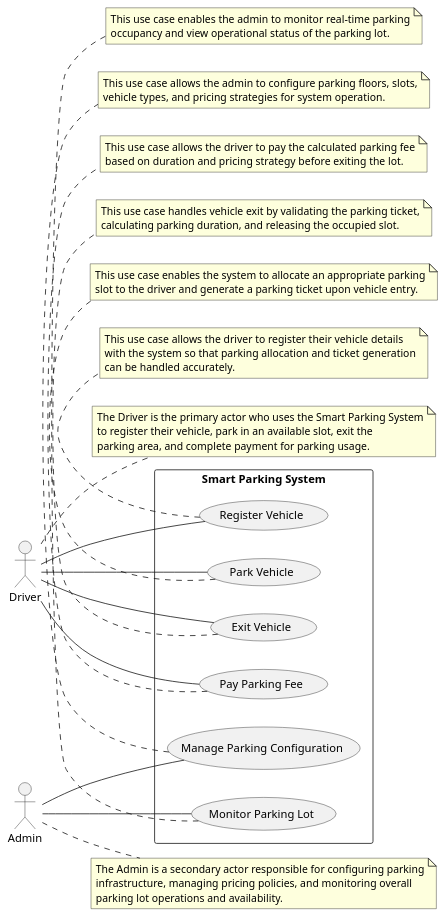
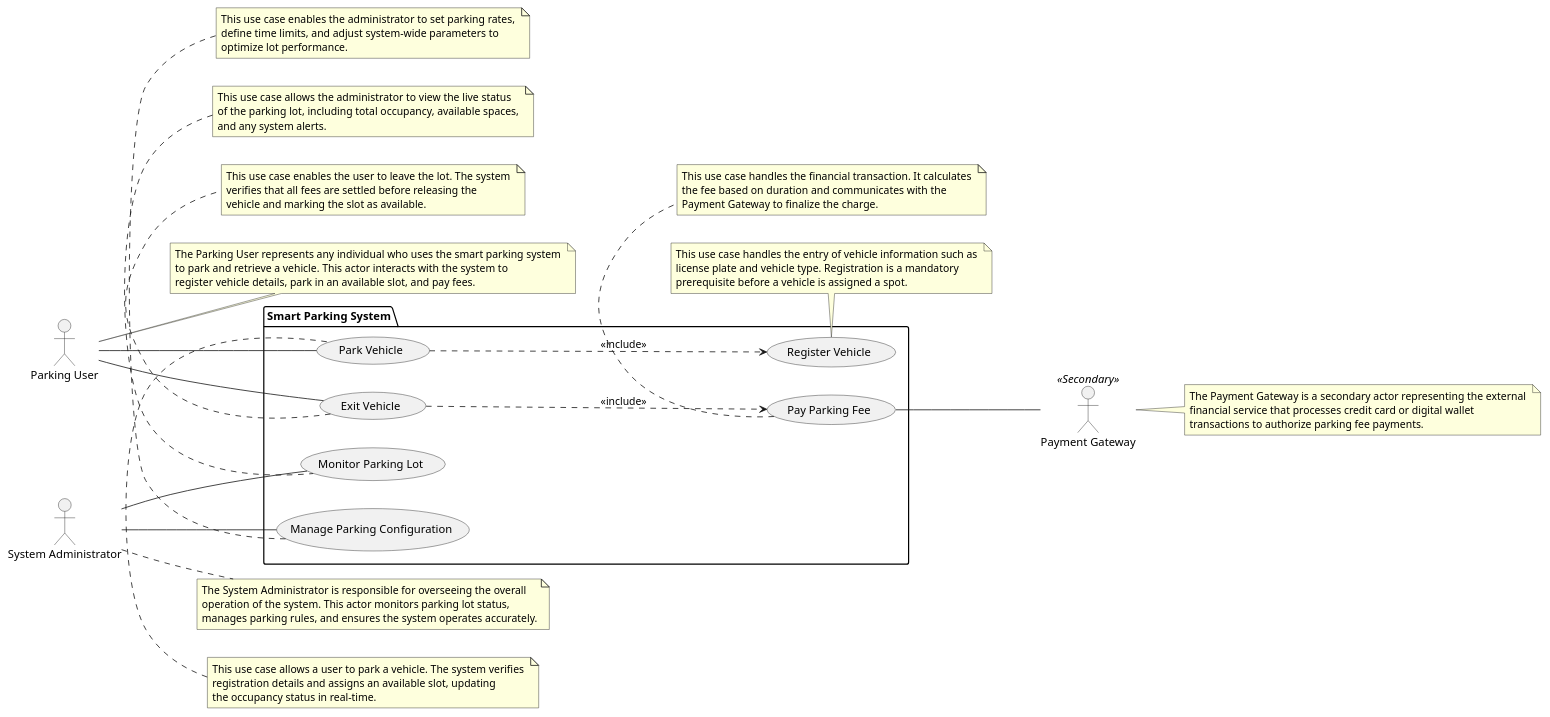
Before and after one commit to gantapriya55/Object-Oriented-Design-Project_CSCI_6234_10: the diagram in Requirements/Use Case/SmartParkingSystemUseCase.puml, drawn with PlantUML.

Commit message:
Revise use case diagram for Smart Parking System

```diff
--- a/Requirements/Use Case/SmartParkingSystemUseCase.puml
+++ b/Requirements/Use Case/SmartParkingSystemUseCase.puml
@@ -1,62 +1,87 @@
 @startuml
+skinparam actorStyle stickman
 left to right direction
-skinparam packageStyle rectangle
 
-actor Driver
-actor Admin
-
-rectangle "Smart Parking System" {
-
-  Driver -- (Register Vehicle)
-  Driver -- (Park Vehicle)
-  Driver -- (Exit Vehicle)
-  Driver -- (Pay Parking Fee)
-
-  Admin -- (Manage Parking Configuration)
-  Admin -- (Monitor Parking Lot)
-
+package "Smart Parking System" {
+    usecase "Park Vehicle" as UC1
+    usecase "Register Vehicle" as UC2
+    usecase "Exit Vehicle" as UC3
+    usecase "Pay Parking Fee" as UC4
+    usecase "Monitor Parking Lot" as UC5
+    usecase "Manage Parking Configuration" as UC6
 }
 
-note right of Driver
-The Driver is the primary actor who uses the Smart Parking System
-to register their vehicle, park in an available slot, exit the
-parking area, and complete payment for parking usage.
+actor "Parking User" as User
+actor "System Administrator" as Admin
+
+' This is the Secondary Actor '
+actor "Payment Gateway" as Bank <<Secondary>>
+
+' Use solid lines without arrows for Actor associations '
+User -- UC1
+User -- UC3
+
+Admin -- UC5
+Admin -- UC6
+
+' Included use cases use dashed arrows '
+UC1 ..> UC2 : <<include>>
+UC3 ..> UC4 : <<include>>
+
+' Association with the Secondary Actor '
+UC4 -- Bank
+
+note right of User
+The Parking User represents any individual who uses the smart parking system 
+to park and retrieve a vehicle. This actor interacts with the system to 
+register vehicle details, park in an available slot, and pay fees.
 end note
 
 note right of Admin
-The Admin is a secondary actor responsible for configuring parking
-infrastructure, managing pricing policies, and monitoring overall
-parking lot operations and availability.
+The System Administrator is responsible for overseeing the overall 
+operation of the system. This actor monitors parking lot status, 
+manages parking rules, and ensures the system operates accurately.
 end note
 
-note bottom of (Register Vehicle)
-This use case allows the driver to register their vehicle details
-with the system so that parking allocation and ticket generation
-can be handled accurately.
+note right of Bank
+The Payment Gateway is a secondary actor representing the external 
+financial service that processes credit card or digital wallet 
+transactions to authorize parking fee payments.
 end note
 
-note bottom of (Park Vehicle)
-This use case enables the system to allocate an appropriate parking
-slot to the driver and generate a parking ticket upon vehicle entry.
+note top of UC1
+This use case allows a user to park a vehicle. The system verifies 
+registration details and assigns an available slot, updating 
+the occupancy status in real-time.
 end note
 
-note bottom of (Exit Vehicle)
-This use case handles vehicle exit by validating the parking ticket,
-calculating parking duration, and releasing the occupied slot.
+note top of UC2
+This use case handles the entry of vehicle information such as 
+license plate and vehicle type. Registration is a mandatory 
+prerequisite before a vehicle is assigned a spot.
 end note
 
-note bottom of (Pay Parking Fee)
-This use case allows the driver to pay the calculated parking fee
-based on duration and pricing strategy before exiting the lot.
+note bottom of UC3
+This use case enables the user to leave the lot. The system 
+verifies that all fees are settled before releasing the 
+vehicle and marking the slot as available.
 end note
 
-note bottom of (Manage Parking Configuration)
-This use case allows the admin to configure parking floors, slots,
-vehicle types, and pricing strategies for system operation.
+note bottom of UC4
+This use case handles the financial transaction. It calculates 
+the fee based on duration and communicates with the 
+Payment Gateway to finalize the charge.
 end note
 
-note bottom of (Monitor Parking Lot)
-This use case enables the admin to monitor real-time parking
-occupancy and view operational status of the parking lot.
+note top of UC5
+This use case allows the administrator to view the live status 
+of the parking lot, including total occupancy, available spaces, 
+and any system alerts.
+end note
+
+note bottom of UC6
+This use case enables the administrator to set parking rates, 
+define time limits, and adjust system-wide parameters to 
+optimize lot performance.
 end note
 @enduml
```
